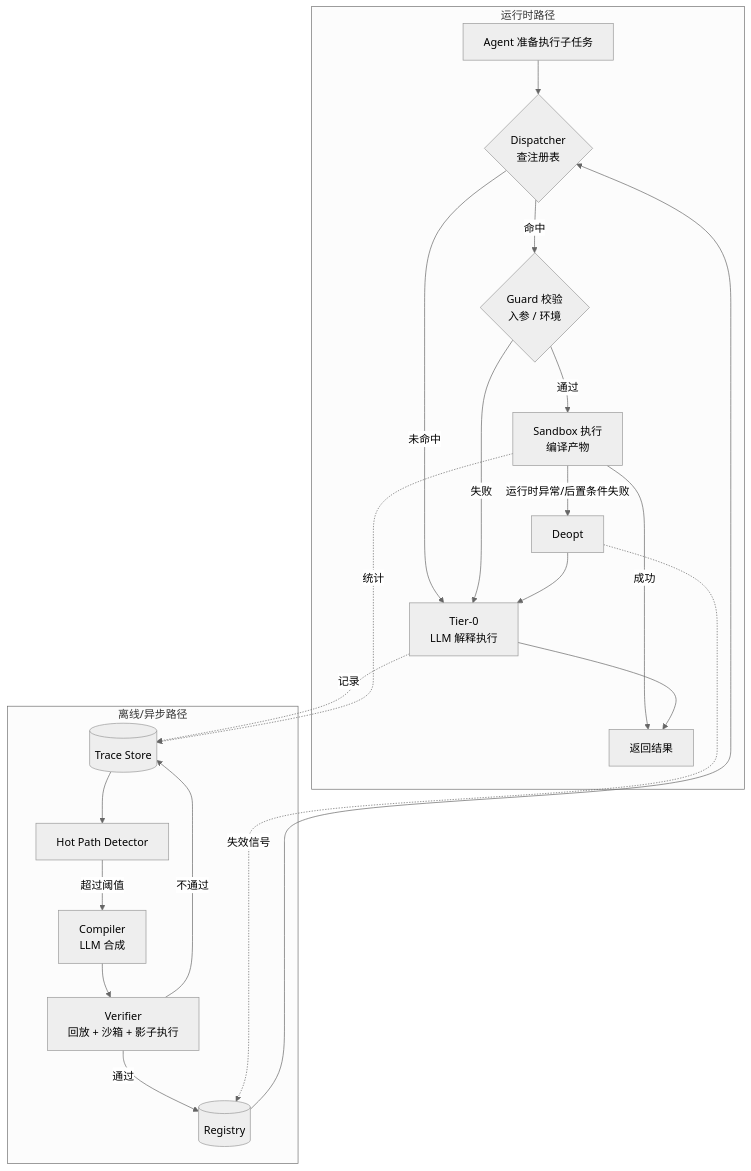
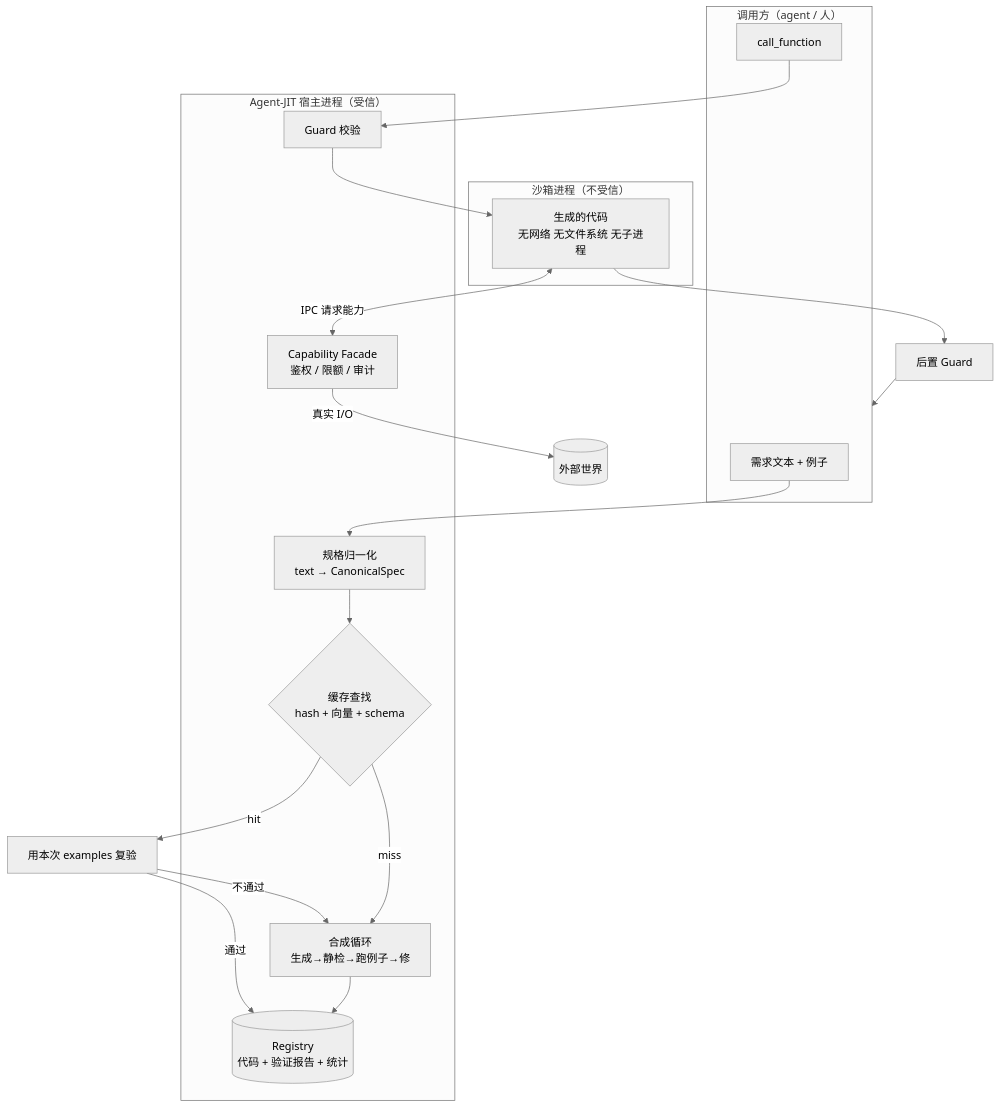
One commit to Birfy/agentjit changed the diagram in docs/design.md. Above: the diagram before and after it, drawn with Mermaid (neutral theme). The commit also changed other lines of this file and 2 other files, not shown here.

````diff
--- a/docs/design.md
+++ b/docs/design.md
@@ -83,26 +135,32 @@
 ```mermaid
 flowchart TB
-    subgraph RT["运行时路径"]
-        A[Agent 准备执行子任务] --> D{Dispatcher<br/>查注册表}
-        D -->|未命中| T0["Tier-0<br/>LLM 解释执行"]
-        D -->|命中| G{"Guard 校验<br/>入参 / 环境"}
-        G -->|通过| EX["Sandbox 执行<br/>编译产物"]
-        G -->|失败| T0
-        EX -->|运行时异常/后置条件失败| DEOPT[Deopt]
-        DEOPT --> T0
-        EX -->|成功| OUT[返回结果]
-        T0 --> OUT
+    subgraph CALLER["调用方（agent / 人）"]
+        RQ[需求文本 + 例子]
+        CALL[call_function]
     end
 
-    subgraph BG["离线/异步路径"]
-        T0 -.记录.-> TR[(Trace Store)]
-        EX -.统计.-> TR
-        TR --> HD[Hot Path Detector]
-        HD -->|超过阈值| CP[Compiler<br/>LLM 合成]
-        CP --> VF[Verifier<br/>回放 + 沙箱 + 影子执行]
-        VF -->|通过| REG[(Registry)]
-        VF -->|不通过| TR
-        DEOPT -.失效信号.-> REG
-        REG --> D
+    subgraph HOST["Agent-JIT 宿主进程（受信）"]
+        NORM[规格归一化<br/>text → CanonicalSpec]
+        LK{缓存查找<br/>hash + 向量 + schema}
+        SYN[合成循环<br/>生成→静检→跑例子→修]
+        REG[(Registry<br/>代码 + 验证报告 + 统计)]
+        GRD[Guard 校验]
+        FAC[Capability Facade<br/>鉴权 / 限额 / 审计]
     end
+
+    subgraph SBX["沙箱进程（不受信）"]
+        CODE[生成的代码<br/>无网络 无文件系统 无子进程]
+    end
+
+    RQ --> NORM --> LK
+    LK -->|hit| VAL[用本次 examples 复验]
+    VAL -->|通过| REG
+    VAL -->|不通过| SYN
+    LK -->|miss| SYN
+    SYN --> REG
+
+    CALL --> GRD --> CODE
+    CODE <-->|IPC 请求能力| FAC
+    FAC -->|真实 I/O| EXT[(外部世界)]
+    CODE --> GRD2[后置 Guard] --> CALLER
 ```
````
